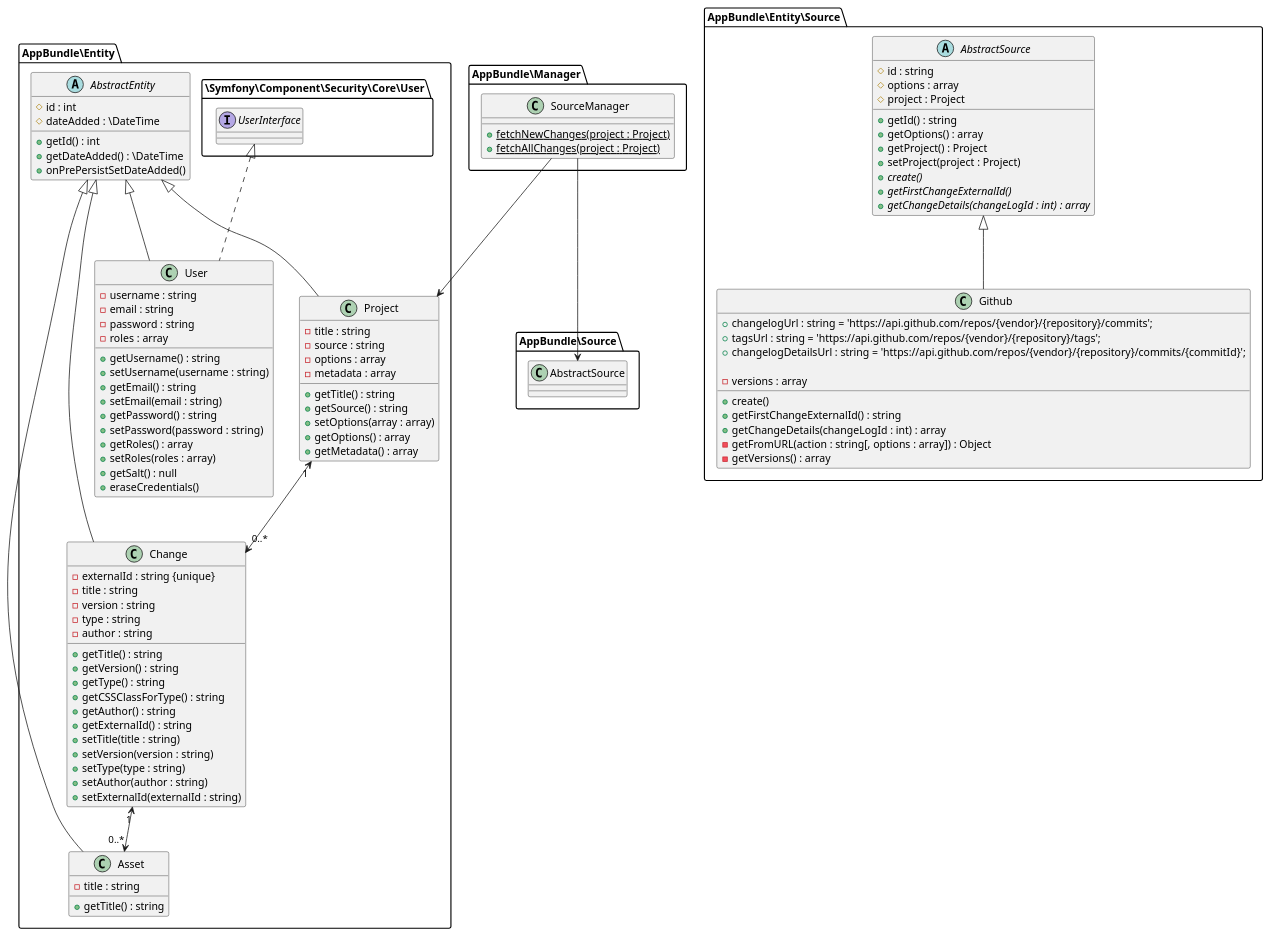
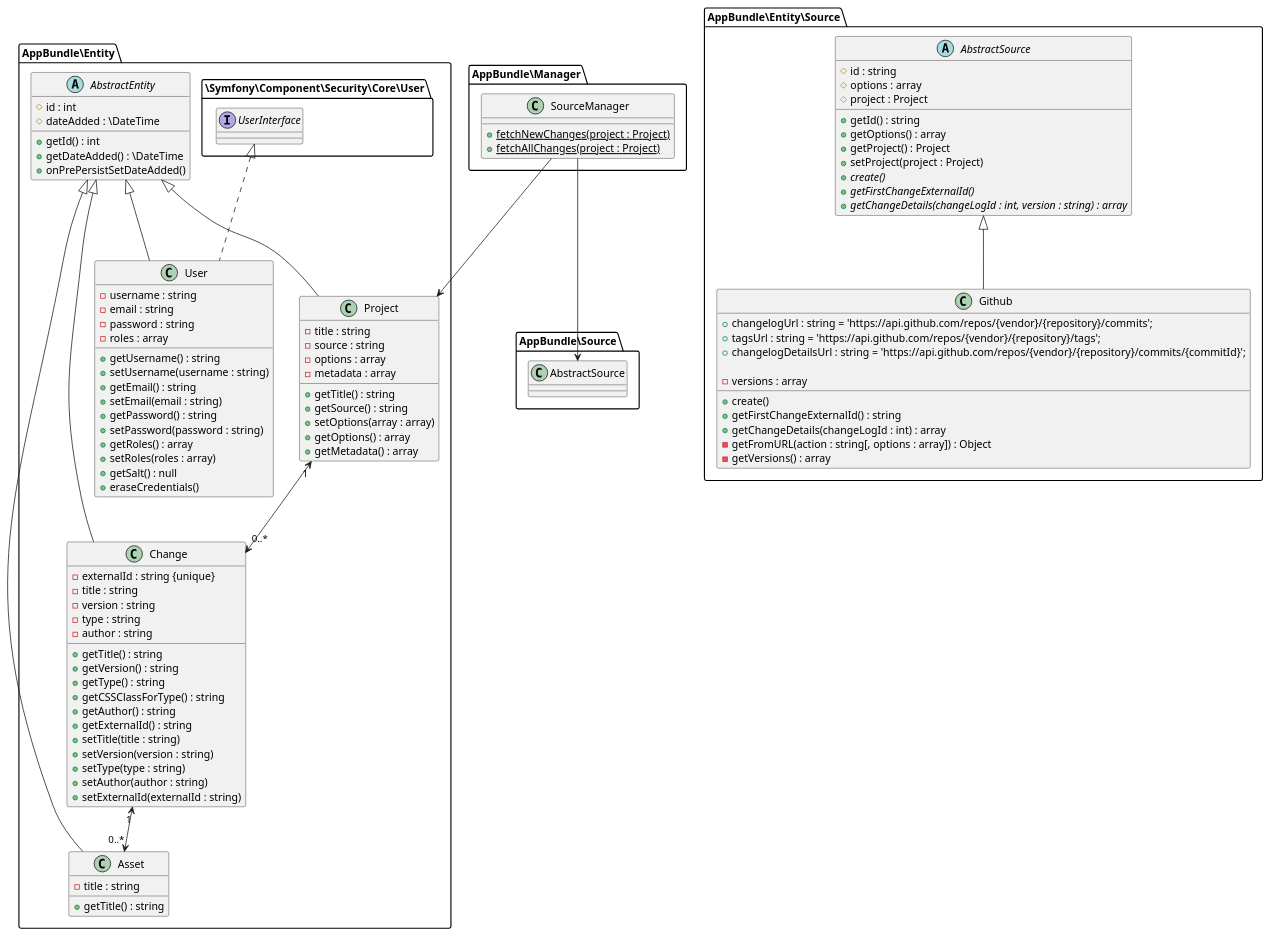
The diagram in src/AppBundle/Documentation/entities.puml (saitho/changebrowser), drawn with PlantUML before and after one commit. The commit also changed 4 other files, not shown here.

```diff
--- a/src/AppBundle/Documentation/entities.puml
+++ b/src/AppBundle/Documentation/entities.puml
@@ -1,103 +1,103 @@
 @startuml
 
 AppBundle\Manager.SourceManager --> AppBundle\Entity.Project
 AppBundle\Manager.SourceManager --> AppBundle\Source.AbstractSource
 
 namespace AppBundle\Manager {
     class SourceManager {
         + {static} fetchNewChanges(project : Project)
         + {static} fetchAllChanges(project : Project)
     }
 }
 
 namespace AppBundle\Entity\Source {
     abstract class AbstractSource {
         # id : string
         # options : array
         # project : Project
         + getId() : string
         + getOptions() : array
         + getProject() : Project
         + setProject(project : Project)
         {abstract} + create()
         {abstract} + getFirstChangeExternalId()
-        {abstract} + getChangeDetails(changeLogId : int) : array
+        {abstract} + getChangeDetails(changeLogId : int, version : string) : array
     }
     class Github extends AbstractSource {
         + changelogUrl : string = 'https://api.github.com/repos/{vendor}/{repository}/commits';
 	    + tagsUrl : string = 'https://api.github.com/repos/{vendor}/{repository}/tags';
 	    + changelogDetailsUrl : string = 'https://api.github.com/repos/{vendor}/{repository}/commits/{commitId}';
 
         + create()
         + getFirstChangeExternalId() : string
         + getChangeDetails(changeLogId : int) : array
         - getFromURL(action : string[, options : array]) : Object
         - versions : array
         - getVersions() : array
     }
 }
 
 namespace AppBundle\Entity {
     abstract class AbstractEntity {
         # id : int
         # dateAdded : \DateTime
         + getId() : int
         + getDateAdded() : \DateTime
         + onPrePersistSetDateAdded()
     }
     class Asset extends AbstractEntity {
         - title : string
         + getTitle() : string
     }
     class Change extends AbstractEntity {
         - externalId : string {unique}
         - title : string
         - version : string
         - type : string
         - author : string
         + getTitle() : string
         + getVersion() : string
         + getType() : string
         + getCSSClassForType() : string
         + getAuthor() : string
         + getExternalId() : string
         + setTitle(title : string)
         + setVersion(version : string)
         + setType(type : string)
         + setAuthor(author : string)
         + setExternalId(externalId : string)
     }
     class Project extends AbstractEntity {
         - title : string
         - source : string
         - options : array
         - metadata : array
         + getTitle() : string
         + getSource() : string
         + setOptions(array : array)
         + getOptions() : array
         + getMetadata() : array
     }
     class User extends AbstractEntity implements \Symfony\Component\Security\Core\User.UserInterface {
         - username : string
         - email : string
         - password : string
         - roles : array
         + getUsername() : string
         + setUsername(username : string)
         + getEmail() : string
         + setEmail(email : string)
         + getPassword() : string
         + setPassword(password : string)
         + getRoles() : array
         + setRoles(roles : array)
         + getSalt() : null
         + eraseCredentials()
     }
 
     Change "1" <--> "0..*" Asset
     Project "1" <--> "0..*" Change
 }
 
 
 @enduml
```
